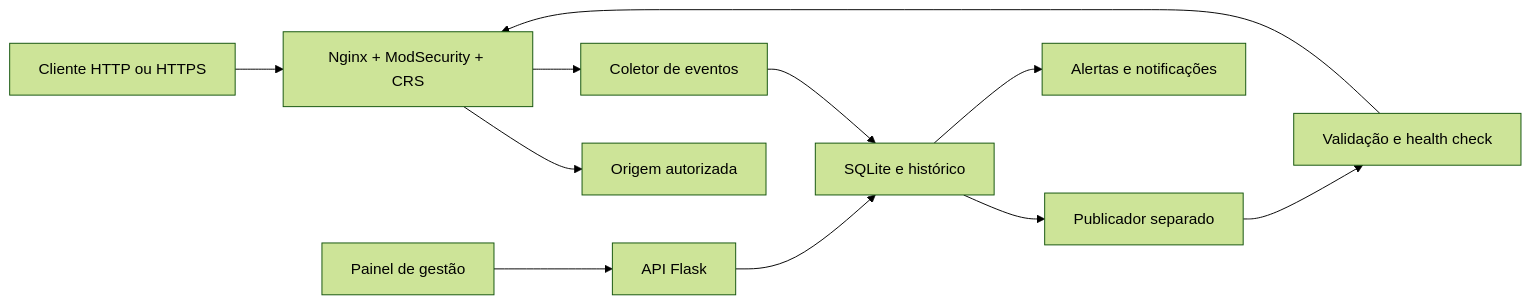
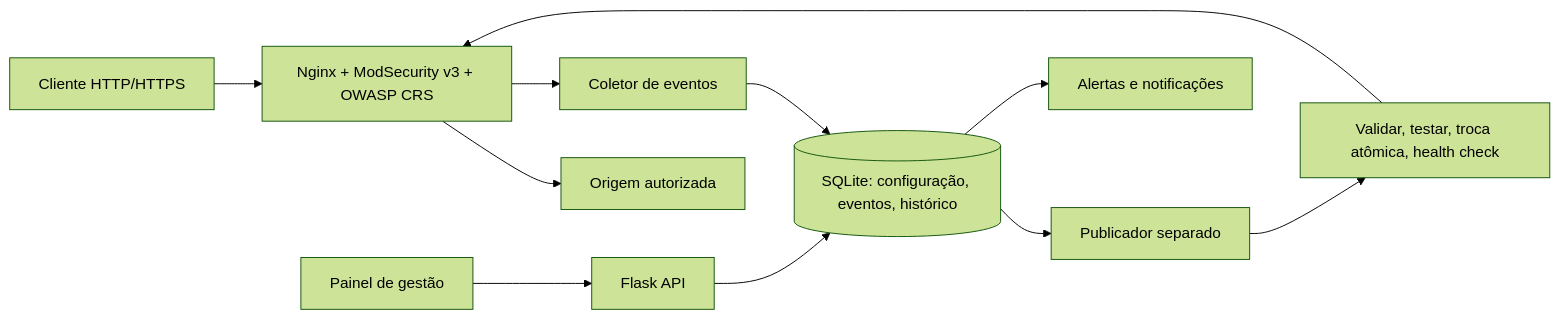
The second of 2 diagrams in ARCHITECTURE.md (gsouzacloud/shield-portfolio), drawn with Mermaid (forest theme) before and after one commit. The commit also changed other lines of this file and 15 other files, not shown here.

````diff
--- a/ARCHITECTURE.md
+++ b/ARCHITECTURE.md
@@ -5,13 +46,13 @@
 ```mermaid
 flowchart LR
-  U[Cliente HTTP ou HTTPS] --> W[Nginx + ModSecurity + CRS]
+  U[Cliente HTTP/HTTPS] --> W[Nginx + ModSecurity v3 + OWASP CRS]
   W --> O[Origem autorizada]
   W --> E[Coletor de eventos]
-  E --> DB[SQLite e histórico]
-  UI[Painel de gestão] --> API[API Flask]
+  E --> DB[(SQLite: configuração, eventos, histórico)]
+  UI[Painel de gestão] --> API[Flask API]
   API --> DB
   DB --> P[Publicador separado]
-  P --> V[Validação e health check]
+  P --> V[Validar, testar, troca atômica, health check]
   V --> W
   DB --> N[Alertas e notificações]
 ```
````
